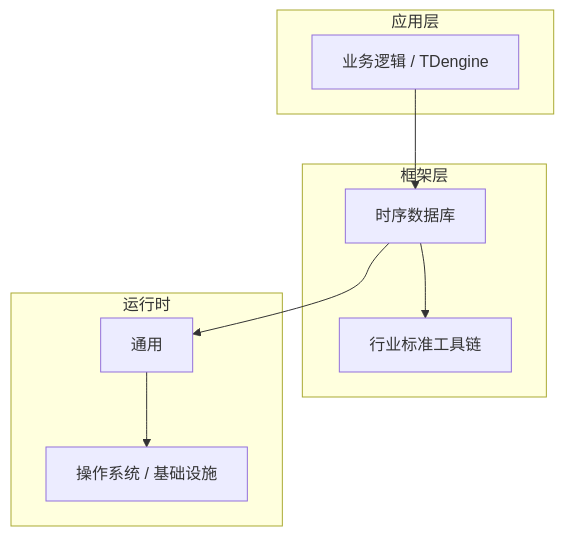
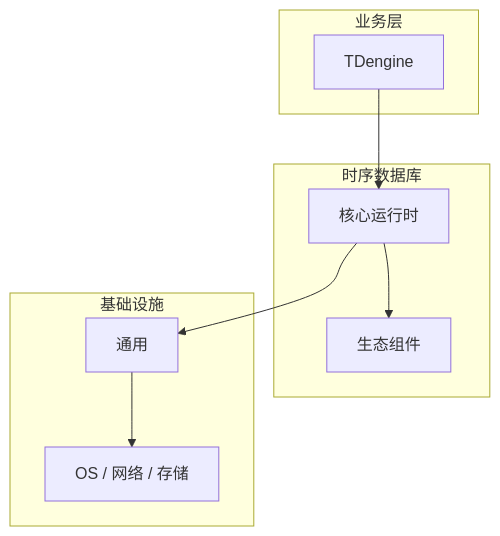
Before and after one commit to yanggan2015/knowledge-json-v2: the diagram in articles/时序数据库/chapters/025-TDengine核心概念与原理.md, drawn with Mermaid. The commit also changed other lines of this file and 10127 other files, not shown here.

````diff
--- a/articles/时序数据库/chapters/025-TDengine核心概念与原理.md
+++ b/articles/时序数据库/chapters/025-TDengine核心概念与原理.md
@@ -45,18 +34,18 @@
 ```mermaid
 graph TB
-    subgraph 应用层
-        A[业务逻辑 / TDengine]
+    subgraph 业务层
+        A[TDengine]
     end
-    subgraph 框架层
-        B[时序数据库]
-        C[行业标准工具链]
+    subgraph 时序数据库
+        B[核心运行时]
+        C[生态组件]
     end
-    subgraph 运行时
+    subgraph 基础设施
         D[通用]
-        E[操作系统 / 基础设施]
+        E[OS / 网络 / 存储]
     end
     A --> B
     B --> C
     B --> D
     D --> E
 ```
````
